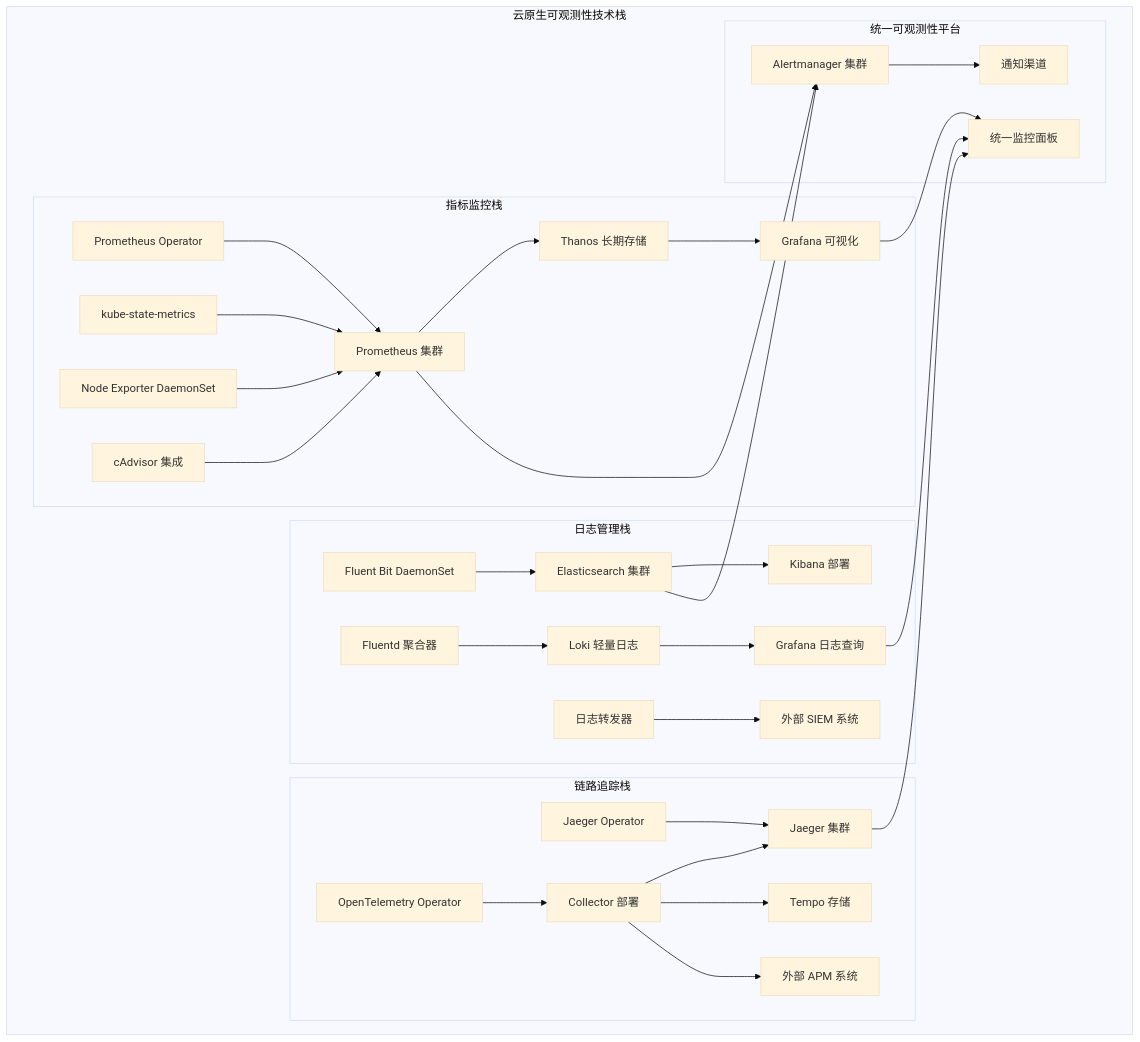
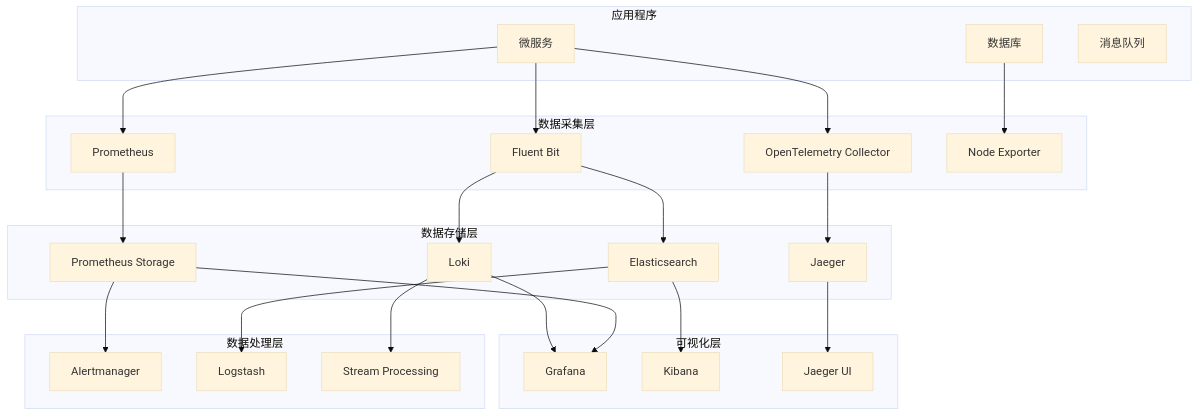
Before and after one commit to zhiqli1993/cloud-study: the diagram in kubernetes/knowledge/04-observability/README.md, drawn with Mermaid (base theme). The commit also changed other lines of this file and 9 other files, not shown here.

````diff
--- a/kubernetes/knowledge/04-observability/README.md
+++ b/kubernetes/knowledge/04-observability/README.md
@@ -243,43 +89,53 @@
 ```mermaid
 graph TB
-    subgraph "云原生可观测性技术栈"
-        subgraph "指标监控栈"
-            PROMETHEUS_OPERATOR[Prometheus Operator] --> PROMETHEUS_CLUSTER[Prometheus 集群]
-            PROMETHEUS_CLUSTER --> THANOS_STACK[Thanos 长期存储]
-            THANOS_STACK --> GRAFANA_STACK[Grafana 可视化]
-            
-            KUBE_STATE_METRICS_DEPLOY[kube-state-metrics] --> PROMETHEUS_CLUSTER
-            NODE_EXPORTER_DEPLOY[Node Exporter DaemonSet] --> PROMETHEUS_CLUSTER
-            CADVISOR_DEPLOY[cAdvisor 集成] --> PROMETHEUS_CLUSTER
-        end
-        
-        subgraph "日志管理栈"
-            FLUENT_BIT_DAEMONSET[Fluent Bit DaemonSet] --> ELASTICSEARCH_CLUSTER[Elasticsearch 集群]
-            ELASTICSEARCH_CLUSTER --> KIBANA_DEPLOY[Kibana 部署]
-            
-            FLUENTD_DEPLOY[Fluentd 聚合器] --> LOKI_STACK[Loki 轻量日志]
-            LOKI_STACK --> GRAFANA_LOGS[Grafana 日志查询]
-            
-            LOG_SHIPPER[日志转发器] --> EXTERNAL_SIEM[外部 SIEM 系统]
-        end
-        
-        subgraph "链路追踪栈"
-            JAEGER_OPERATOR[Jaeger Operator] --> JAEGER_CLUSTER[Jaeger 集群]
-            OTEL_OPERATOR[OpenTelemetry Operator] --> OTEL_COLLECTOR_DEPLOY[Collector 部署]
-            
-            OTEL_COLLECTOR_DEPLOY --> JAEGER_CLUSTER
-            OTEL_COLLECTOR_DEPLOY --> TEMPO_DEPLOY[Tempo 存储]
-            OTEL_COLLECTOR_DEPLOY --> EXTERNAL_APM[外部 APM 系统]
-        end
-        
-        subgraph "统一可观测性平台"
-            GRAFANA_STACK --> UNIFIED_DASHBOARD[统一监控面板]
-            GRAFANA_LOGS --> UNIFIED_DASHBOARD
-            JAEGER_CLUSTER --> UNIFIED_DASHBOARD
-            
-            ALERTMANAGER_CLUSTER[Alertmanager 集群] --> NOTIFICATION_CHANNELS[通知渠道]
-            PROMETHEUS_CLUSTER --> ALERTMANAGER_CLUSTER
-            ELASTICSEARCH_CLUSTER --> ALERTMANAGER_CLUSTER
-        end
+    subgraph "数据采集层"
+        PROMETHEUS[Prometheus]
+        OTEL_COLLECTOR[OpenTelemetry Collector]
+        FLUENT_BIT[Fluent Bit]
+        NODE_EXPORTER[Node Exporter]
     end
+    
+    subgraph "数据存储层"
+        PROMETHEUS_STORAGE[Prometheus Storage]
+        LOKI[Loki]
+        JAEGER[Jaeger]
+        ELASTICSEARCH[Elasticsearch]
+    end
+    
+    subgraph "数据处理层"
+        ALERTMANAGER[Alertmanager]
+        LOGSTASH[Logstash]
+        STREAM_PROCESSING[Stream Processing]
+    end
+    
+    subgraph "可视化层"
+        GRAFANA[Grafana]
+        KIBANA[Kibana]
+        JAEGER_UI[Jaeger UI]
+    end
+    
+    subgraph "应用程序"
+        MICROSERVICES[微服务]
+        DATABASES[数据库]
+        MESSAGE_QUEUES[消息队列]
+    end
+    
+    MICROSERVICES --> PROMETHEUS
+    MICROSERVICES --> OTEL_COLLECTOR
+    MICROSERVICES --> FLUENT_BIT
+    DATABASES --> NODE_EXPORTER
+    
+    PROMETHEUS --> PROMETHEUS_STORAGE
+    OTEL_COLLECTOR --> JAEGER
+    FLUENT_BIT --> LOKI
+    FLUENT_BIT --> ELASTICSEARCH
+    
+    PROMETHEUS_STORAGE --> ALERTMANAGER
+    LOKI --> STREAM_PROCESSING
+    ELASTICSEARCH --> LOGSTASH
+    
+    PROMETHEUS_STORAGE --> GRAFANA
+    LOKI --> GRAFANA
+    JAEGER --> JAEGER_UI
+    ELASTICSEARCH --> KIBANA
 ```
````
